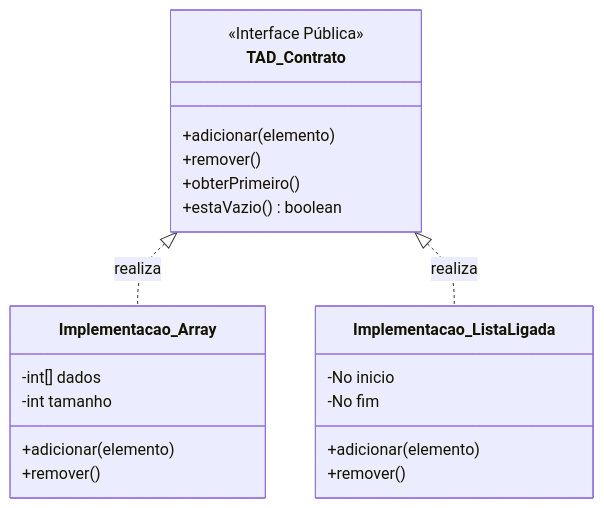
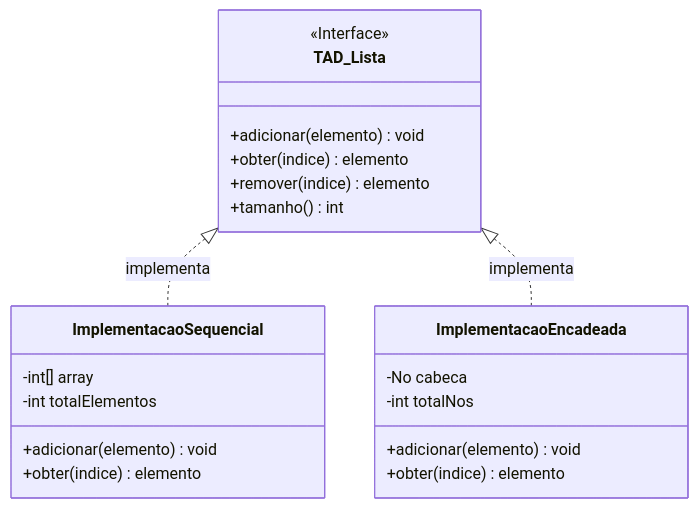
Before and after one commit to murilolol/unifef: the sixth of 27 diagrams in 4º Semestre/[Prof. Wesley Soares] Estrutura de Dados I/Resumos-IA/Caderno-Consolidado.md, drawn with Mermaid. The commit also changed other lines of this file and 58 other files, not shown here.

````diff
--- a/4º Semestre/[Prof. Wesley Soares] Estrutura de Dados I/Resumos-IA/Caderno-Consolidado.md
+++ b/4º Semestre/[Prof. Wesley Soares] Estrutura de Dados I/Resumos-IA/Caderno-Consolidado.md
@@ -358,24 +309,24 @@
 ```mermaid
 classDiagram
-    class TAD_Contrato {
-        <<Interface Pública>>
-        +adicionar(elemento)
-        +remover()
-        +obterPrimeiro()
-        +estaVazio() boolean
-    }
-    class Implementacao_Array {
-        -int[] dados
-        -int tamanho
-        +adicionar(elemento)
-        +remover()
-    }
-    class Implementacao_ListaLigada {
-        -No inicio
-        -No fim
-        +adicionar(elemento)
-        +remover()
-    }
-    TAD_Contrato <|.. Implementacao_Array : realiza
-    TAD_Contrato <|.. Implementacao_ListaLigada : realiza
+  class TAD_Lista {
+    <<Interface>>
+    +adicionar(elemento) void
+    +obter(indice) elemento
+    +remover(indice) elemento
+    +tamanho() int
+  }
+  class ImplementacaoSequencial {
+    -int[] array
+    -int totalElementos
+    +adicionar(elemento) void
+    +obter(indice) elemento
+  }
+  class ImplementacaoEncadeada {
+    -No cabeca
+    -int totalNos
+    +adicionar(elemento) void
+    +obter(indice) elemento
+  }
+  TAD_Lista <|.. ImplementacaoSequencial : implementa
+  TAD_Lista <|.. ImplementacaoEncadeada : implementa
 ```
````
